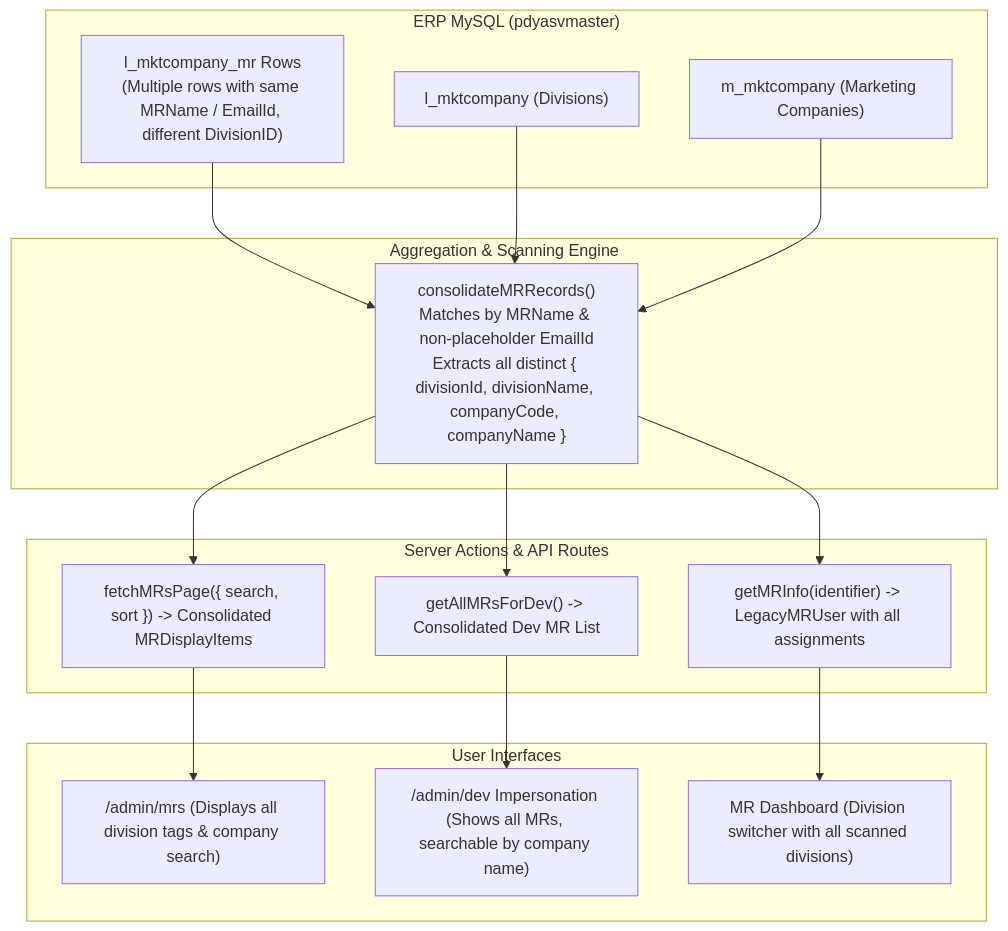
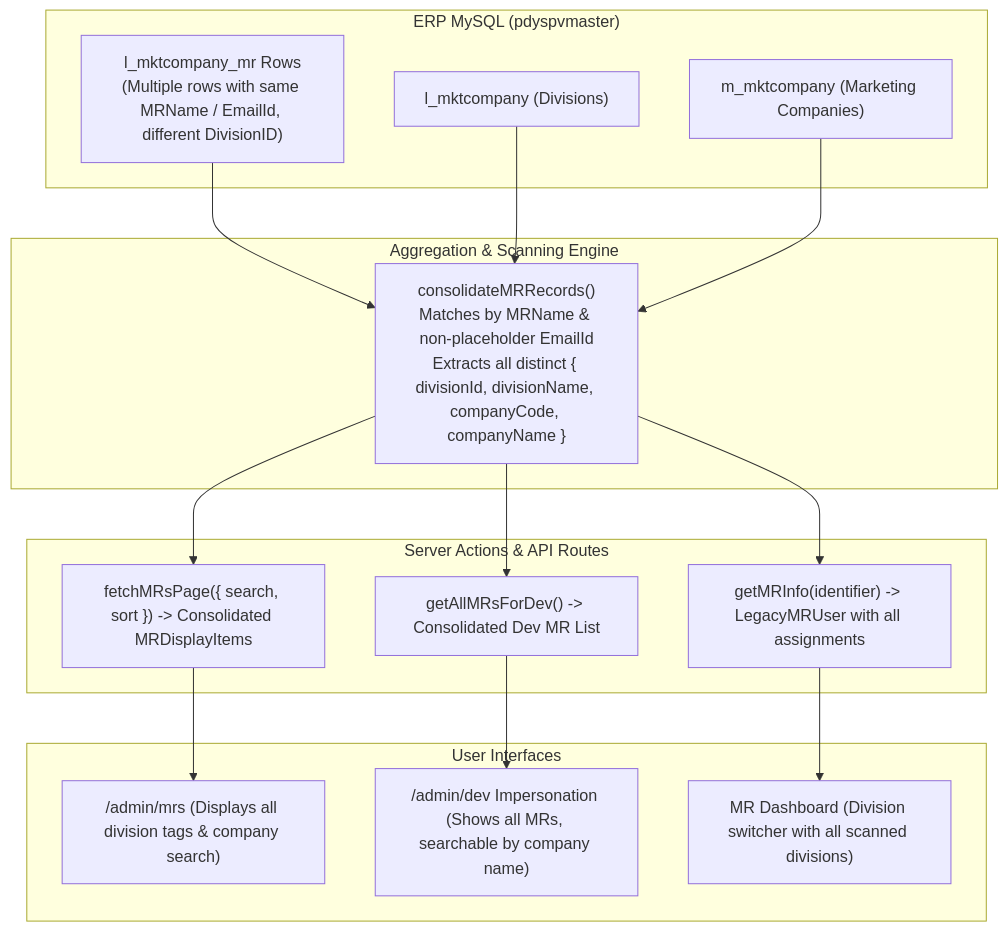
One commit to Devfinity-Studio/santram changed the diagram in .planning/phases/28-multi-division-company-assignment/28-PLAN.md. Above: the diagram before and after it, drawn with Mermaid. The commit also changed other lines of this file and 28 other files, not shown here.

````diff
--- a/.planning/phases/28-multi-division-company-assignment/28-PLAN.md
+++ b/.planning/phases/28-multi-division-company-assignment/28-PLAN.md
@@ -10,30 +10,30 @@
 ```mermaid
 flowchart TD
-    subgraph Database ["ERP MySQL (pdyasvmaster)"]
+    subgraph Database ["ERP MySQL (pdyspvmaster)"]
         MRRows["l_mktcompany_mr Rows<br/>(Multiple rows with same MRName / EmailId, different DivisionID)"]
         Divisions["l_mktcompany (Divisions)"]
         Companies["m_mktcompany (Marketing Companies)"]
     end
 
     subgraph Aggregation ["Aggregation & Scanning Engine"]
         Scanner["consolidateMRRecords()<br/>Matches by MRName & non-placeholder EmailId<br/>Extracts all distinct { divisionId, divisionName, companyCode, companyName }"]
     end
 
     subgraph Backend ["Server Actions & API Routes"]
         GetMRInfo["getMRInfo(identifier) -> LegacyMRUser with all assignments"]
         FetchMRsPage["fetchMRsPage({ search, sort }) -> Consolidated MRDisplayItems"]
         GetAllMRsForDev["getAllMRsForDev() -> Consolidated Dev MR List"]
     end
 
     subgraph UI ["User Interfaces"]
         AdminList["/admin/mrs (Displays all division tags & company search)"]
         DevImpersonate["/admin/dev Impersonation (Shows all MRs, searchable by company name)"]
         MRDashboard["MR Dashboard (Division switcher with all scanned divisions)"]
     end
 
     MRRows & Divisions & Companies --> Scanner
     Scanner --> GetMRInfo & FetchMRsPage & GetAllMRsForDev
     FetchMRsPage --> AdminList
     GetAllMRsForDev --> DevImpersonate
     GetMRInfo --> MRDashboard
 ```
````
